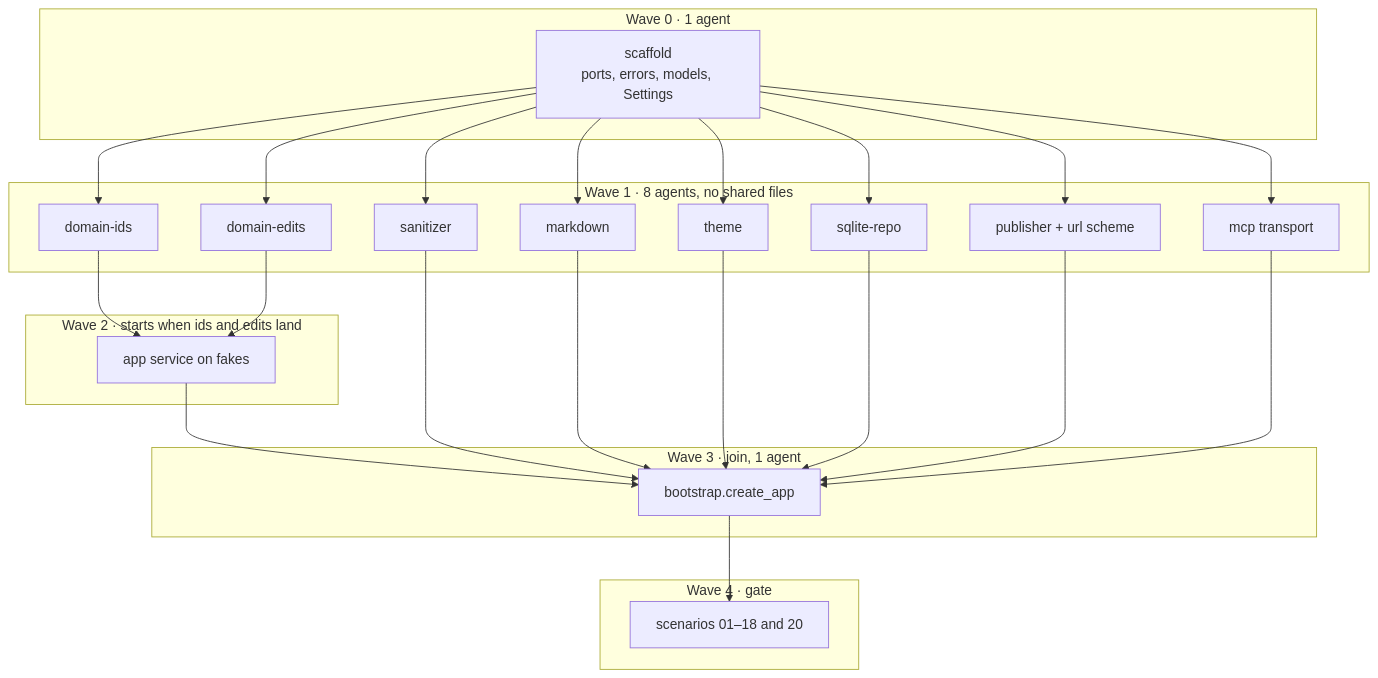
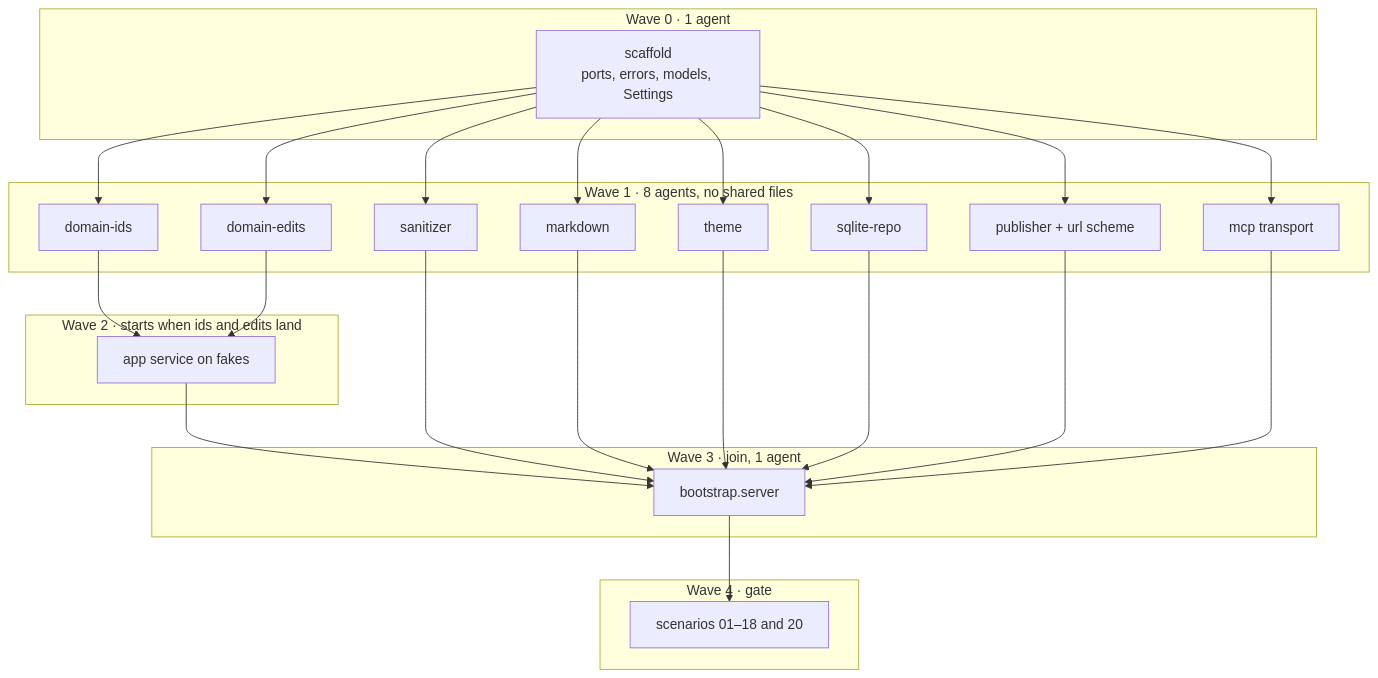
Before and after one commit to Suraj-Ram/pagehost: the diagram in IMPLEMENTATION.md, drawn with Mermaid. The commit also changed other lines of this file and 9 other files, not shown here.

````diff
--- a/IMPLEMENTATION.md
+++ b/IMPLEMENTATION.md
@@ -7,48 +7,48 @@
 ```mermaid
 flowchart TD
   subgraph W0["Wave 0 · 1 agent"]
     S["scaffold<br/>ports, errors, models, Settings"]
   end
 
   subgraph W1["Wave 1 · 8 agents, no shared files"]
     I["domain-ids"]
     E["domain-edits"]
     Z["sanitizer"]
     M["markdown"]
     TH["theme"]
     R["sqlite-repo"]
     P["publisher + url scheme"]
     MCP["mcp transport"]
   end
 
   subgraph W2["Wave 2 · starts when ids and edits land"]
     A["app service on fakes"]
   end
 
   subgraph W3["Wave 3 · join, 1 agent"]
-    B["bootstrap.create_app"]
+    B["bootstrap.server"]
   end
 
   subgraph W4["Wave 4 · gate"]
     G["scenarios 01–18 and 20"]
   end
 
   S --> I
   S --> E
   S --> Z
   S --> M
   S --> TH
   S --> R
   S --> P
   S --> MCP
   I --> A
   E --> A
   A --> B
   Z --> B
   M --> B
   TH --> B
   R --> B
   P --> B
   MCP --> B
   B --> G
 ```
````
